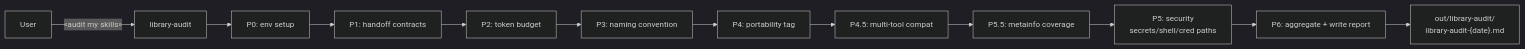
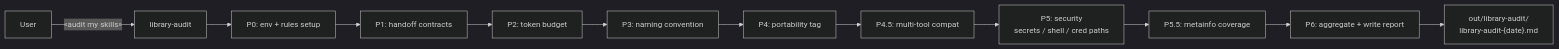
The fifth of 9 diagrams in docs/user-guide.ru.md (artemrudenko/skill-governance-toolkit), drawn with Mermaid (dark theme) before and after one commit. The commit also changed other lines of this file and 1 other file, not shown here.

````diff
--- a/docs/user-guide.ru.md
+++ b/docs/user-guide.ru.md
@@ -349,14 +232,14 @@
 ```mermaid
 flowchart LR
     U[User] -->|«audit my skills»| LA[library-audit]
-    LA --> P0[P0: env setup]
+    LA --> P0[P0: env + rules setup]
     P0 --> P1[P1: handoff contracts]
     P1 --> P2[P2: token budget]
     P2 --> P3[P3: naming convention]
     P3 --> P4[P4: portability tag]
     P4 --> P45[P4.5: multi-tool compat]
-    P45 --> P55[P5.5: metainfo coverage]
-    P55 --> P5[P5: security<br/>secrets/shell/cred paths]
-    P5 --> P6[P6: aggregate + write report]
+    P45 --> P5[P5: security<br/>secrets / shell / cred paths]
+    P5 --> P55[P5.5: metainfo coverage]
+    P55 --> P6[P6: aggregate + write report]
     P6 --> OUT["out/library-audit/<br/>library-audit-{date}.md"]
 ```
````
